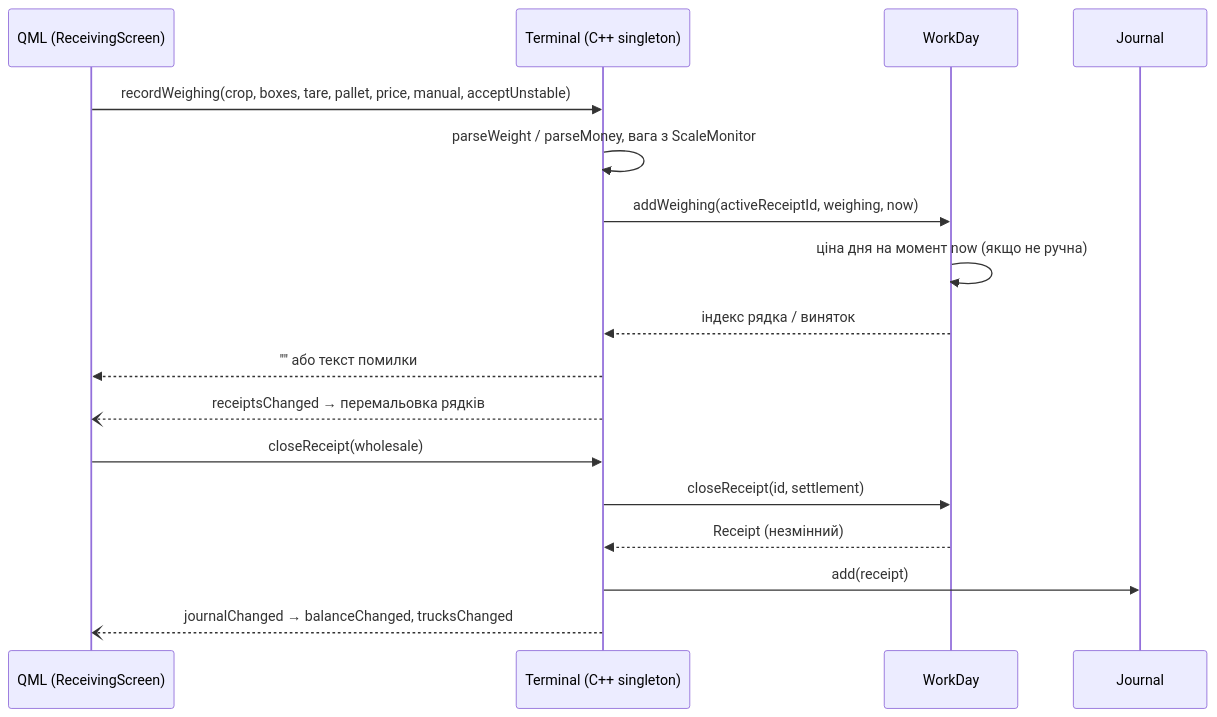
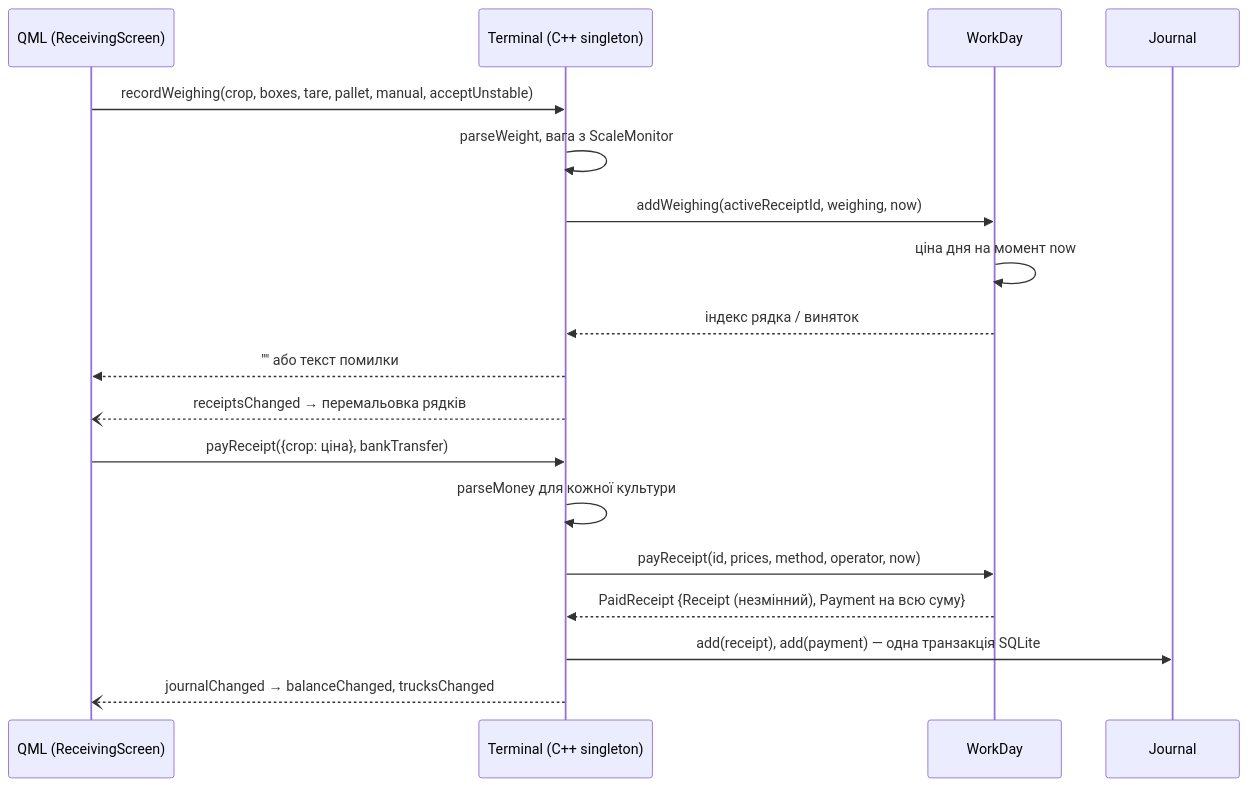
The third of 3 diagrams in docs/architecture.md (IsNazarii/Berry-WMS-Terminal), drawn with Mermaid before and after one commit. The commit also changed 6 other files, not shown here.

First line of the commit message:
UI: pay / issue receipt instead of the close dialog

````diff
--- a/docs/architecture.md
+++ b/docs/architecture.md
@@ -151,21 +151,22 @@
 ```mermaid
 sequenceDiagram
     participant Q as QML (ReceivingScreen)
     participant T as Terminal (C++ singleton)
     participant W as WorkDay
     participant J as Journal
 
-    Q->>T: recordWeighing(crop, boxes, tare, pallet, price, manual, acceptUnstable)
-    T->>T: parseWeight / parseMoney, вага з ScaleMonitor
+    Q->>T: recordWeighing(crop, boxes, tare, pallet, manual, acceptUnstable)
+    T->>T: parseWeight, вага з ScaleMonitor
     T->>W: addWeighing(activeReceiptId, weighing, now)
-    W->>W: ціна дня на момент now (якщо не ручна)
+    W->>W: ціна дня на момент now
     W-->>T: індекс рядка / виняток
     T-->>Q: "" або текст помилки
     T--)Q: receiptsChanged → перемальовка рядків
 
-    Q->>T: closeReceipt(wholesale)
-    T->>W: closeReceipt(id, settlement)
-    W-->>T: Receipt (незмінний)
-    T->>J: add(receipt)
+    Q->>T: payReceipt({crop: ціна}, bankTransfer)
+    T->>T: parseMoney для кожної культури
+    T->>W: payReceipt(id, prices, method, operator, now)
+    W-->>T: PaidReceipt {Receipt (незмінний), Payment на всю суму}
+    T->>J: add(receipt), add(payment) — одна транзакція SQLite
     T--)Q: journalChanged → balanceChanged, trucksChanged
 ```
````
